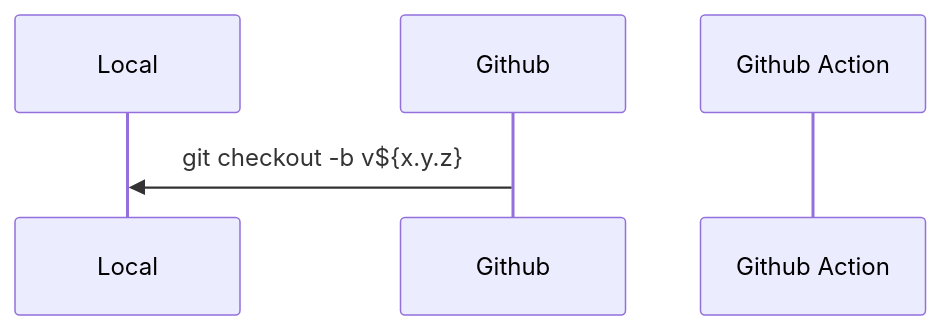
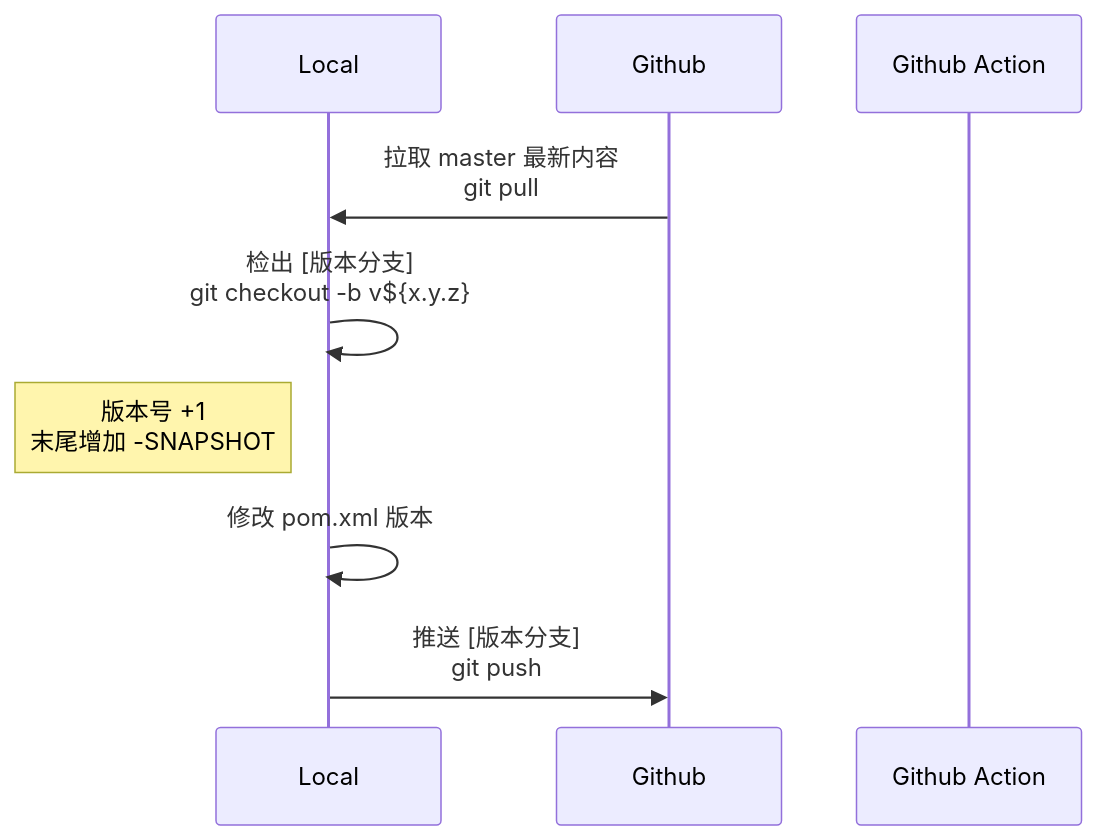
One commit to EXP-Codes/exp-libs-refactor changed the diagram in DevSOP.md. Above: the diagram before and after it, drawn with Mermaid.

````diff
--- a/DevSOP.md
+++ b/DevSOP.md
@@ -26,7 +26,12 @@
 ```mermaid
 sequenceDiagram
     participant Local
     participant Github
     participant Github Action
-    Github->>Local: git checkout -b v${x.y.z}
+    Github->>Local: 拉取 master 最新内容<br/>git pull
+    Local->>Local: 检出 [版本分支]<br/>git checkout -b v${x.y.z}
+    Note left of Local: 版本号 +1<br/>末尾增加 -SNAPSHOT
+    Local->>Local: 修改 pom.xml 版本
+    Local->>Github: 推送 [版本分支]<br/>git push
+    
 ```
````
